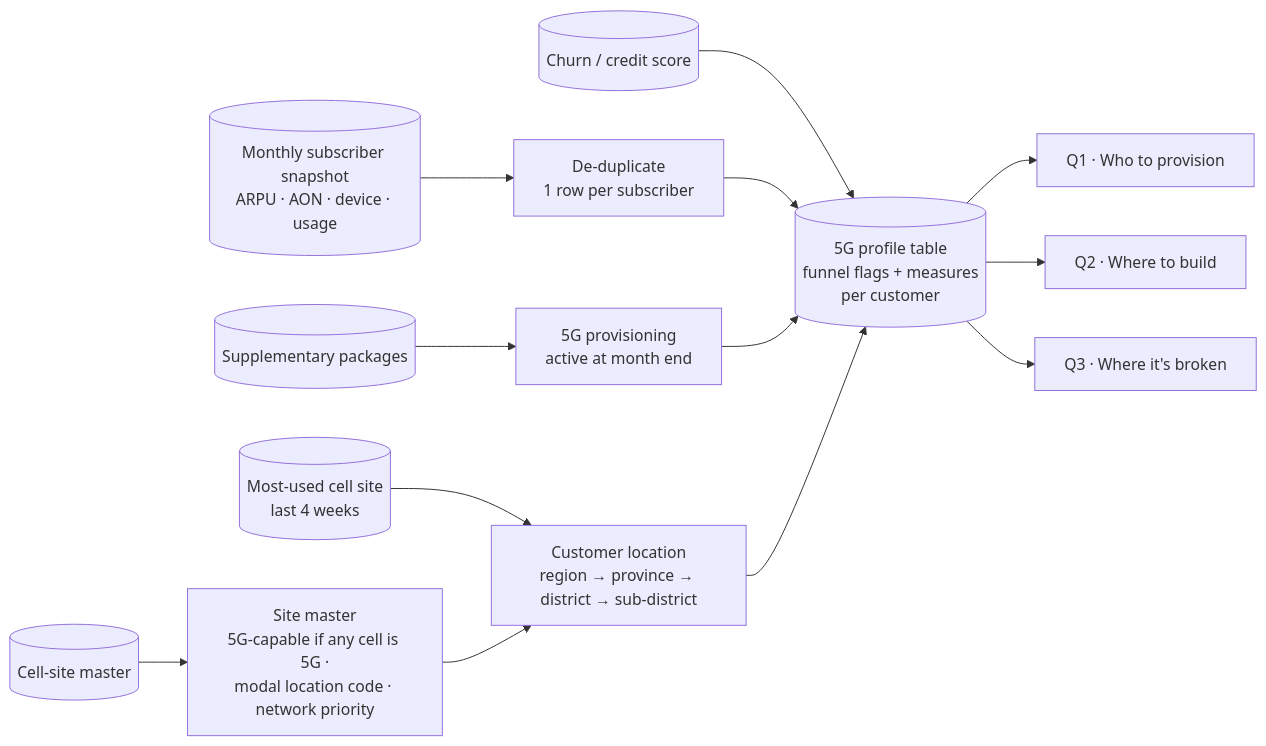
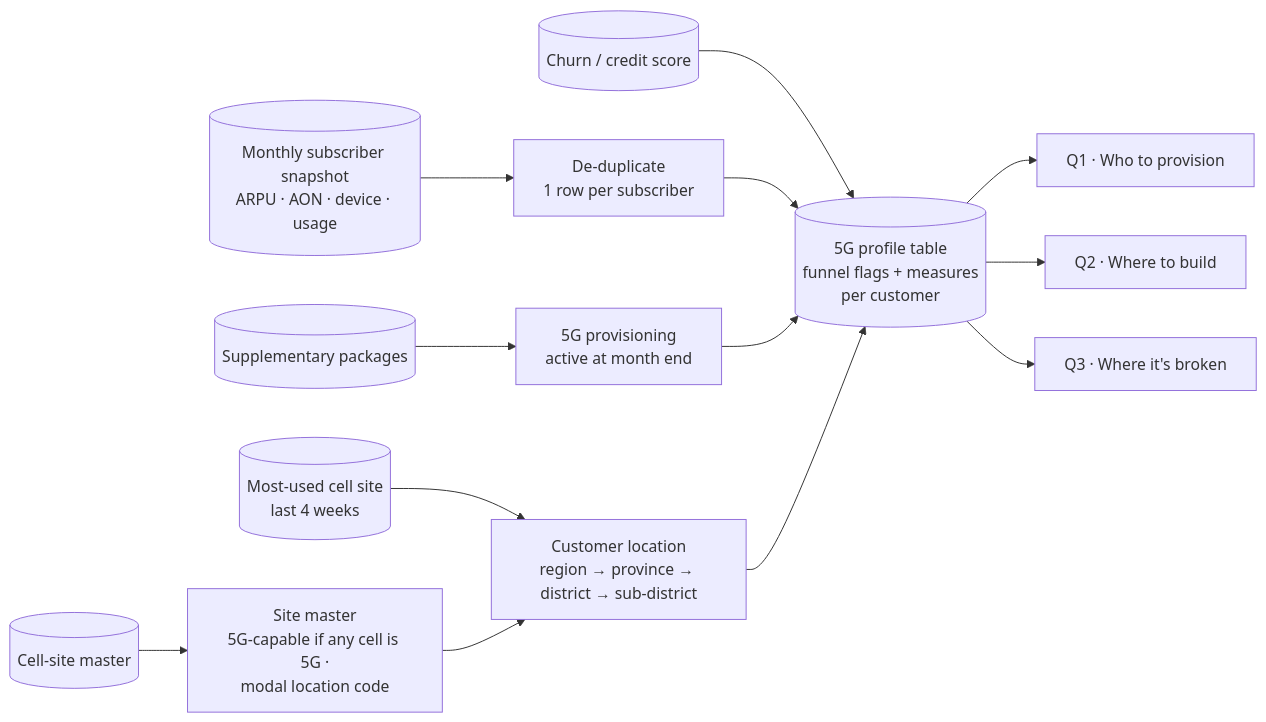
The diagram in README.md (Autophuwit/5g-customer-analytics), drawn with Mermaid before and after one commit. The commit also changed other lines of this file, not shown here.

Commit message:
README: drop the network-priority note
The P0/P1/P2 priority is computed in MT_DIMCS but not written to the
profile or any extract, so the engineering note and the data-model
diagram no longer mention it.

````diff
--- a/README.md
+++ b/README.md
@@ -73,13 +73,13 @@
 ```mermaid
 flowchart LR
     S[(Monthly subscriber snapshot<br/>ARPU · AON · device · usage)] --> D[De-duplicate<br/>1 row per subscriber]
     P[(Supplementary packages)] --> F[5G provisioning<br/>active at month end]
     C[(Most-used cell site<br/>last 4 weeks)] --> L
-    M[(Cell-site master)] --> SM[Site master<br/>5G-capable if any cell is 5G ·<br/>modal location code · network priority]
+    M[(Cell-site master)] --> SM[Site master<br/>5G-capable if any cell is 5G ·<br/>modal location code]
     SM --> L[Customer location<br/>region → province → district → sub-district]
     K[(Churn / credit score)] --> PR
     D & F & L --> PR[(5G profile table<br/>funnel flags + measures<br/>per customer)]
     PR --> Q1[Q1 · Who to provision]
     PR --> Q2[Q2 · Where to build]
     PR --> Q3[Q3 · Where it's broken]
 ```
````
